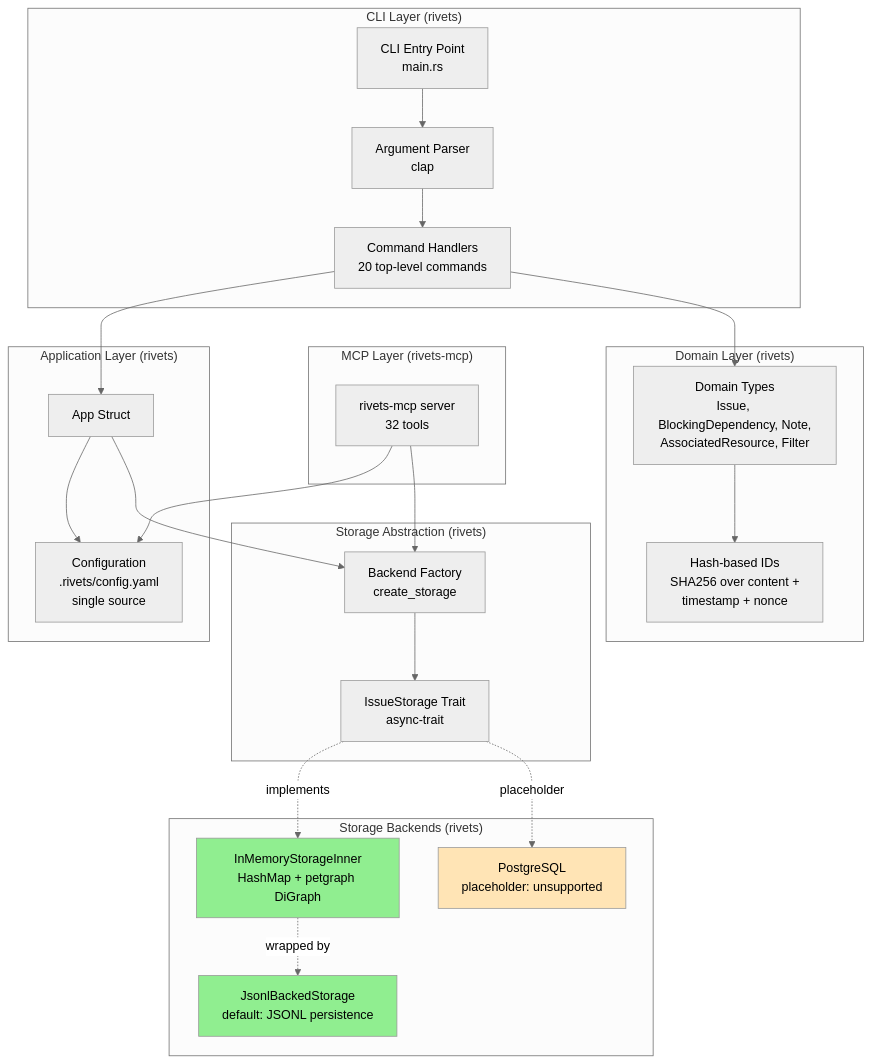
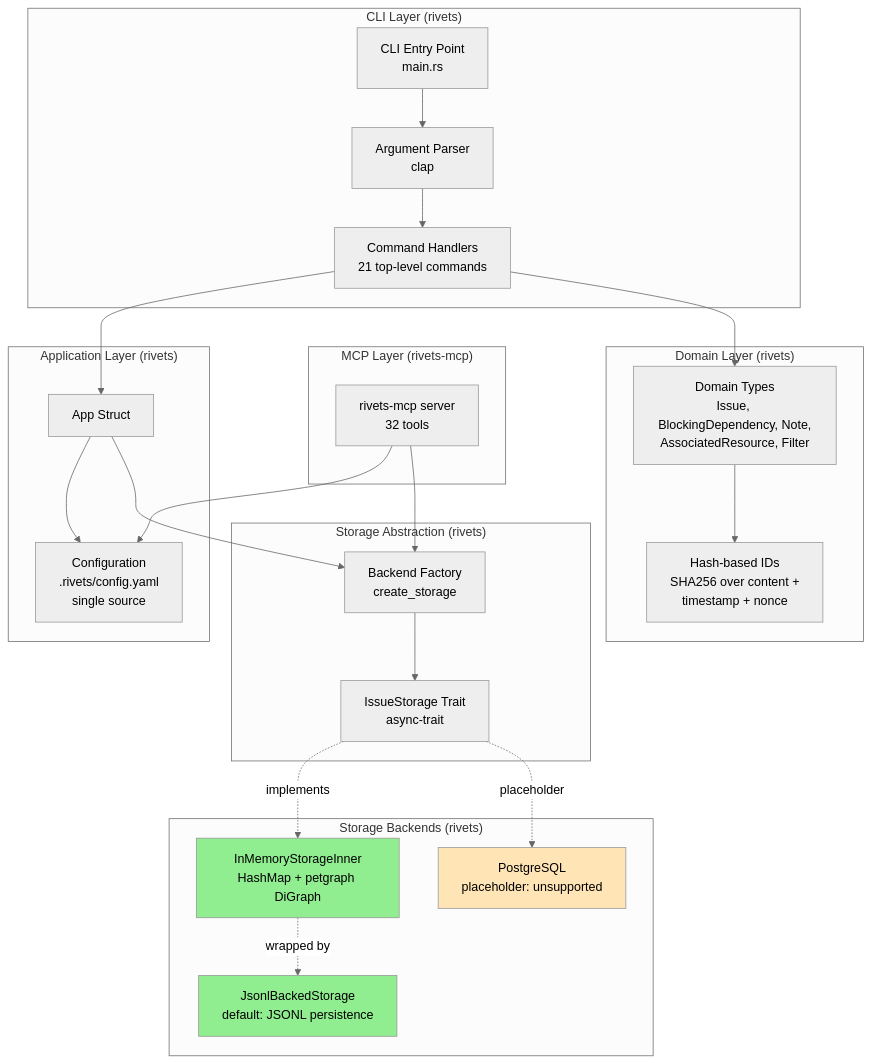
The first of 6 diagrams in docs/architecture.md (dwalleck/rivets), drawn with Mermaid (neutral theme) before and after one commit. The commit also changed other lines of this file and 7 other files, not shown here.

````diff
--- a/docs/architecture.md
+++ b/docs/architecture.md
@@ -25,50 +25,50 @@
 ```mermaid
 graph TB
     subgraph "CLI Layer (rivets)"
         CLI[CLI Entry Point<br/>main.rs]
         Args[Argument Parser<br/>clap]
-        Commands[Command Handlers<br/>20 top-level commands]
+        Commands[Command Handlers<br/>21 top-level commands]
     end
 
     subgraph "MCP Layer (rivets-mcp)"
         Mcp[rivets-mcp server<br/>32 tools]
     end
 
     subgraph "Application Layer (rivets)"
         App[App Struct]
         Config[Configuration<br/>.rivets/config.yaml<br/>single source]
     end
 
     subgraph "Storage Abstraction (rivets)"
         Trait[IssueStorage Trait<br/>async-trait]
         Factory[Backend Factory<br/>create_storage]
     end
 
     subgraph "Domain Layer (rivets)"
         Types[Domain Types<br/>Issue, BlockingDependency, Note,<br/>AssociatedResource, Filter]
         IDs[Hash-based IDs<br/>SHA256 over content +<br/>timestamp + nonce]
     end
 
     subgraph "Storage Backends (rivets)"
         Memory[InMemoryStorageInner<br/>HashMap + petgraph DiGraph]
         Jsonl[JsonlBackedStorage<br/>default: JSONL persistence]
         Postgres[PostgreSQL<br/>placeholder: unsupported]
     end
 
     CLI --> Args --> Commands
     Commands --> App
     App --> Config
     App --> Factory
     Mcp --> Config
     Mcp --> Factory
     Factory --> Trait
     Trait -.implements.-> Memory
     Memory -.wrapped by.-> Jsonl
     Trait -.placeholder.-> Postgres
     Commands --> Types
     Types --> IDs
 
     style Jsonl fill:#90EE90
     style Memory fill:#90EE90
     style Postgres fill:#FFE4B5
 ```
````
